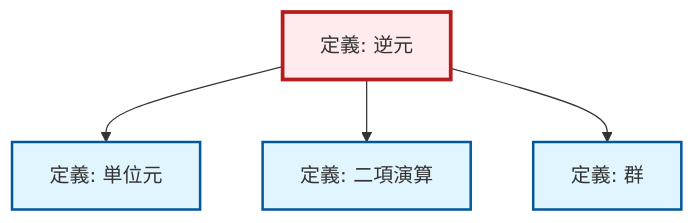
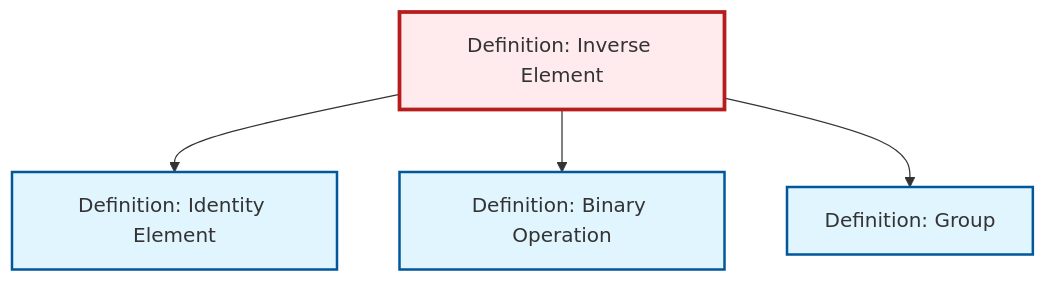
One commit to RK0429/ModernMath changed the diagram in content/ja/algebra/def-inverse-element.qmd. Above: the diagram before and after it, drawn with Mermaid. The commit also changed 203 other files, not shown here.

````diff
--- a/content/ja/algebra/def-inverse-element.qmd
+++ b/content/ja/algebra/def-inverse-element.qmd
@@ -84,21 +84,17 @@
 ```{mermaid}
-%%| fig-cap: "ローカル依存関係グラフ"
+%%| fig-cap: "Local dependency graph"
 graph TD
     classDef definition fill:#e1f5fe,stroke:#01579b,stroke-width:2px
     classDef theorem fill:#f3e5f5,stroke:#4a148c,stroke-width:2px
     classDef axiom fill:#fff3e0,stroke:#e65100,stroke-width:2px
     classDef example fill:#e8f5e9,stroke:#1b5e20,stroke-width:2px
     classDef current fill:#ffebee,stroke:#b71c1c,stroke-width:3px
-    def-group["定義: 群"]:::definition
-    def-identity-element["定義: 単位元"]:::definition
-    def-inverse-element["定義: 逆元"]:::definition
-    def-binary-operation["定義: 二項演算"]:::definition
+    def-group["Definition: Group"]:::definition
+    def-identity-element["Definition: Identity Element"]:::definition
+    def-inverse-element["Definition: Inverse Element"]:::definition
+    def-binary-operation["Definition: Binary Operation"]:::definition
     def-inverse-element --> def-identity-element
     def-inverse-element --> def-binary-operation
     def-inverse-element --> def-group
     class def-inverse-element current
-
-    click def-group "def-group.html" "Go to 定義: 群"
-    click def-identity-element "def-identity-element.html" "Go to 定義: 単位元"
-    click def-binary-operation "def-binary-operation.html" "Go to 定義: 二項演算"
 ```
````
